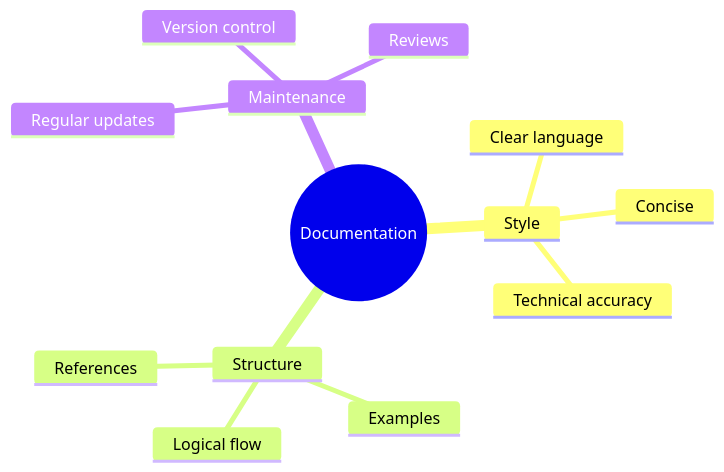
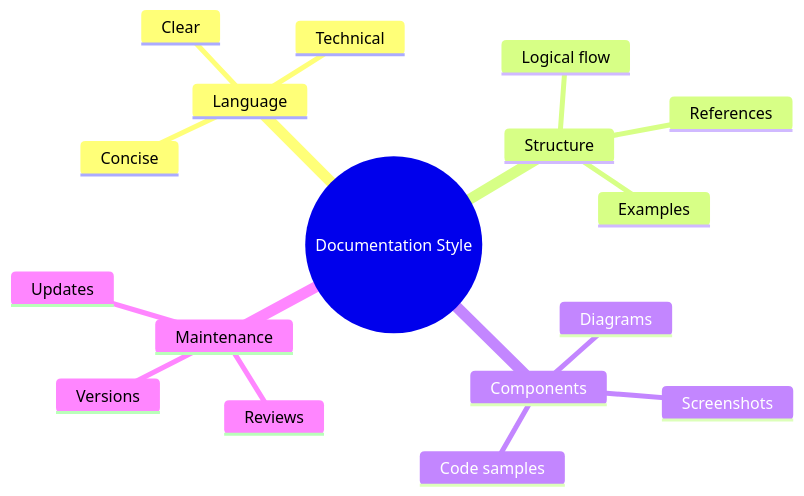
Before and after one commit to BjornMelin/ml-vision-lab: the third of 9 diagrams in docs/README.md, drawn with Mermaid. The commit also changed other lines of this file and 2 other files, not shown here.

Commit message:
docs(README): Update project structure and add mermaid diagrams for better visualization

````diff
--- a/docs/README.md
+++ b/docs/README.md
@@ -66,16 +93,20 @@
 ```mermaid
 mindmap
-  root((Documentation))
-    Style
-      Clear language
+  root((Documentation Style))
+    Language
+      Clear
       Concise
-      Technical accuracy
+      Technical
     Structure
       Logical flow
       Examples
       References
+    Components
+      Code samples
+      Diagrams
+      Screenshots
     Maintenance
-      Regular updates
-      Version control
       Reviews
+      Updates
+      Versions
 ```
````
